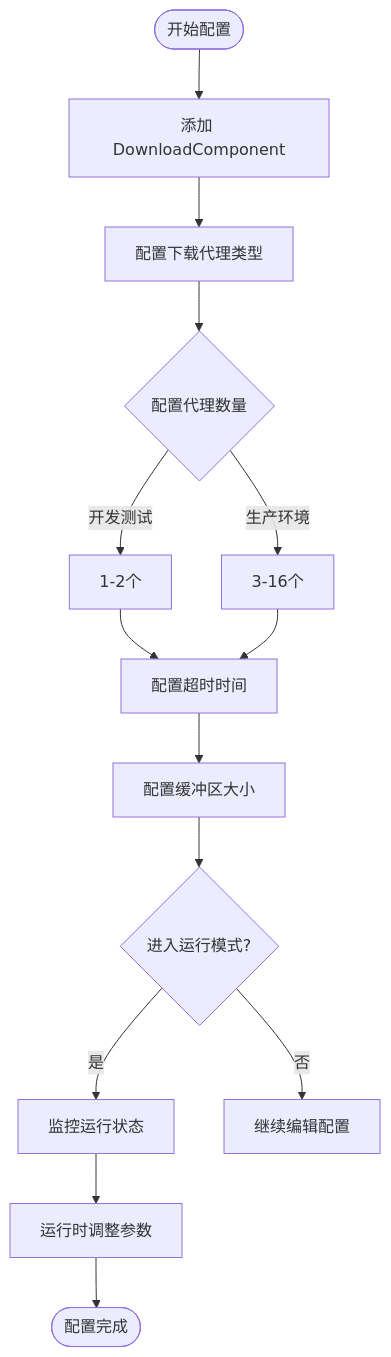
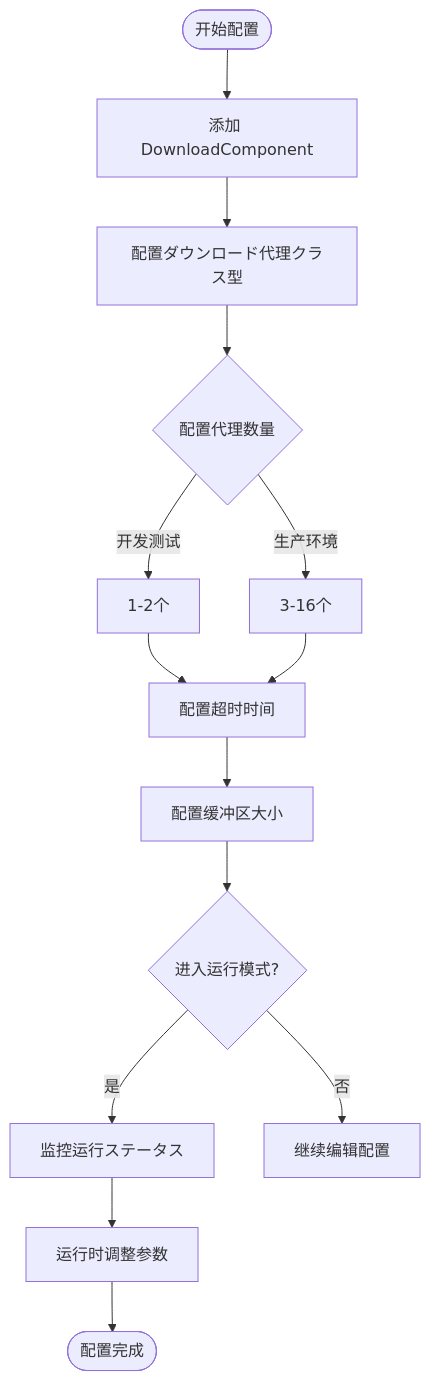
Before and after one commit to AlianBlank/GameFrameX.Docs: the second of 2 diagrams in docs/ja/client/unity/component/download/07.editor-configuration.md, drawn with Mermaid. The commit also changed other lines of this file and 603 other files, not shown here.

````diff
--- a/docs/ja/client/unity/component/download/07.editor-configuration.md
+++ b/docs/ja/client/unity/component/download/07.editor-configuration.md
@@ -282,16 +282,16 @@
 ```mermaid
 flowchart TD
     Start([开始配置]) --> AddComponent[添加 DownloadComponent]
-    AddComponent --> ConfigAgent[配置下载代理类型]
+    AddComponent --> ConfigAgent[配置ダウンロード代理クラス型]
     ConfigAgent --> ConfigCount{配置代理数量}
     ConfigCount -->|开发测试| Low[1-2个]
     ConfigCount -->|生产环境| High[3-16个]
     Low --> ConfigTimeout[配置超时时间]
     High --> ConfigTimeout
     ConfigTimeout --> ConfigFlush[配置缓冲区大小]
     ConfigFlush --> PlayMode{进入运行模式?}
-    PlayMode -->|是| Monitor[监控运行状态]
+    PlayMode -->|是| Monitor[监控运行ステータス]
     PlayMode -->|否| EditMode[继续编辑配置]
     Monitor --> Adjust[运行时调整参数]
     Adjust --> Complete([配置完成])
 ```
````
